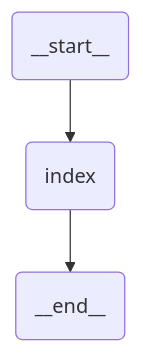
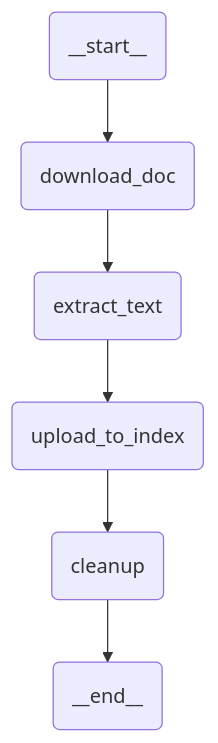
One commit to kartiksiva/DocumentValidation-Uipath changed the diagram in GuidelineIndexerSolution/guideline-indexer/agent.mermaid. Above: the diagram before and after it, drawn with Mermaid. The commit also changed 8 other files, not shown here.

```diff
--- a/GuidelineIndexerSolution/guideline-indexer/agent.mermaid
+++ b/GuidelineIndexerSolution/guideline-indexer/agent.mermaid
@@ -1,8 +1,14 @@
 %% AUTO-GENERATED by `uipath init`. Do not edit manually.
 %% Regenerated on every `uipath init`.
 flowchart TB
   __start__(__start__)
-  index(index)
+  download_doc(download_doc)
+  extract_text(extract_text)
+  upload_to_index(upload_to_index)
+  cleanup(cleanup)
   __end__(__end__)
-  __start__ --> index
-  index --> __end__
+  __start__ --> download_doc
+  download_doc --> extract_text
+  extract_text --> upload_to_index
+  upload_to_index --> cleanup
+  cleanup --> __end__
```
